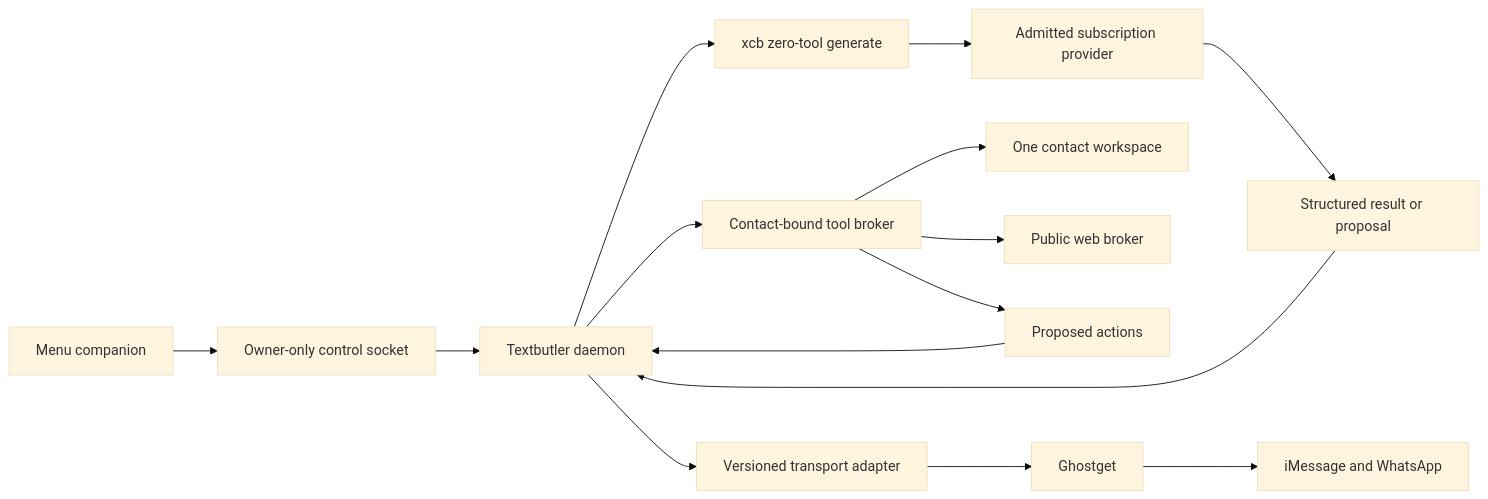
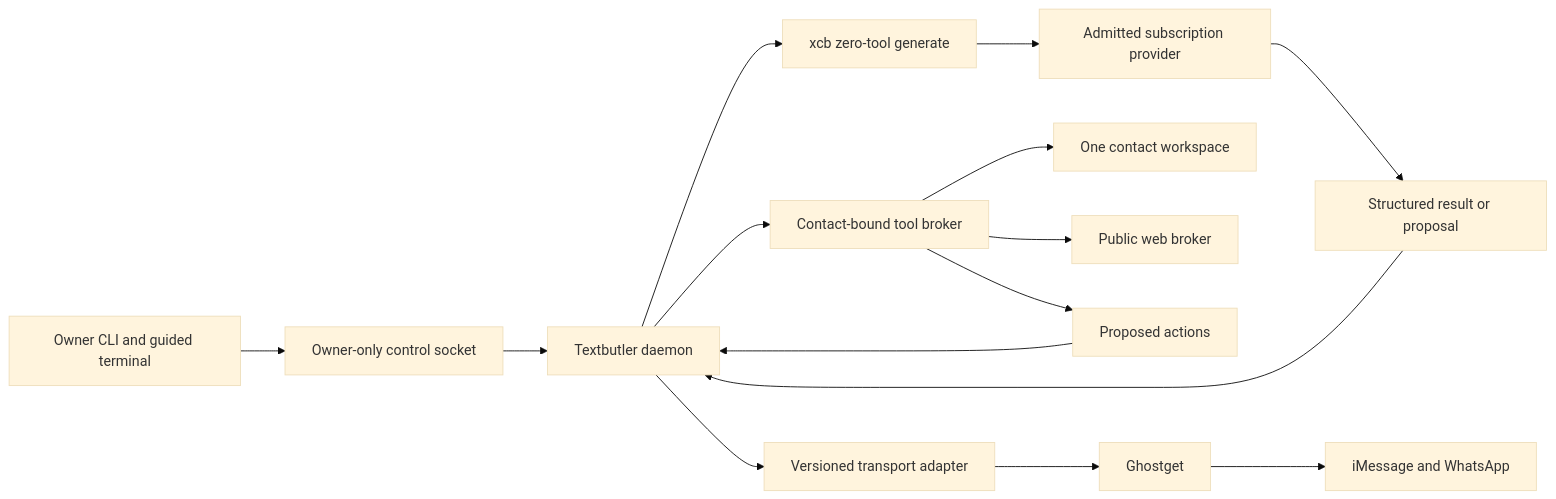
Before and after one commit to hraness/message-like-me: the diagram in docs/textbutler/architecture.md, drawn with Mermaid (base theme). The commit also changed other lines of this file and 42 other files, not shown here.

First line of the commit message:
textbutler: go headless and remove the menu bar companion (#241)

````diff
--- a/docs/textbutler/architecture.md
+++ b/docs/textbutler/architecture.md
@@ -9,17 +9,17 @@
 ```mermaid
 flowchart LR
-  Menu[Menu companion] --> Control[Owner-only control socket]
+  Cli[Owner CLI and guided terminal] --> Control[Owner-only control socket]
   Control --> Butler[Textbutler daemon]
   Butler --> Xcb[xcb zero-tool generate]
   Xcb --> Provider[Admitted subscription provider]
   Provider --> Proposal[Structured result or proposal]
   Proposal --> Butler
   Butler --> Tools[Contact-bound tool broker]
   Tools --> Memory[One contact workspace]
   Tools --> Web[Public web broker]
   Tools --> Intents[Proposed actions]
   Intents --> Butler
   Butler --> Transport[Versioned transport adapter]
   Transport --> Ghostget[Ghostget]
   Ghostget --> Messages[iMessage and WhatsApp]
 ```
````
